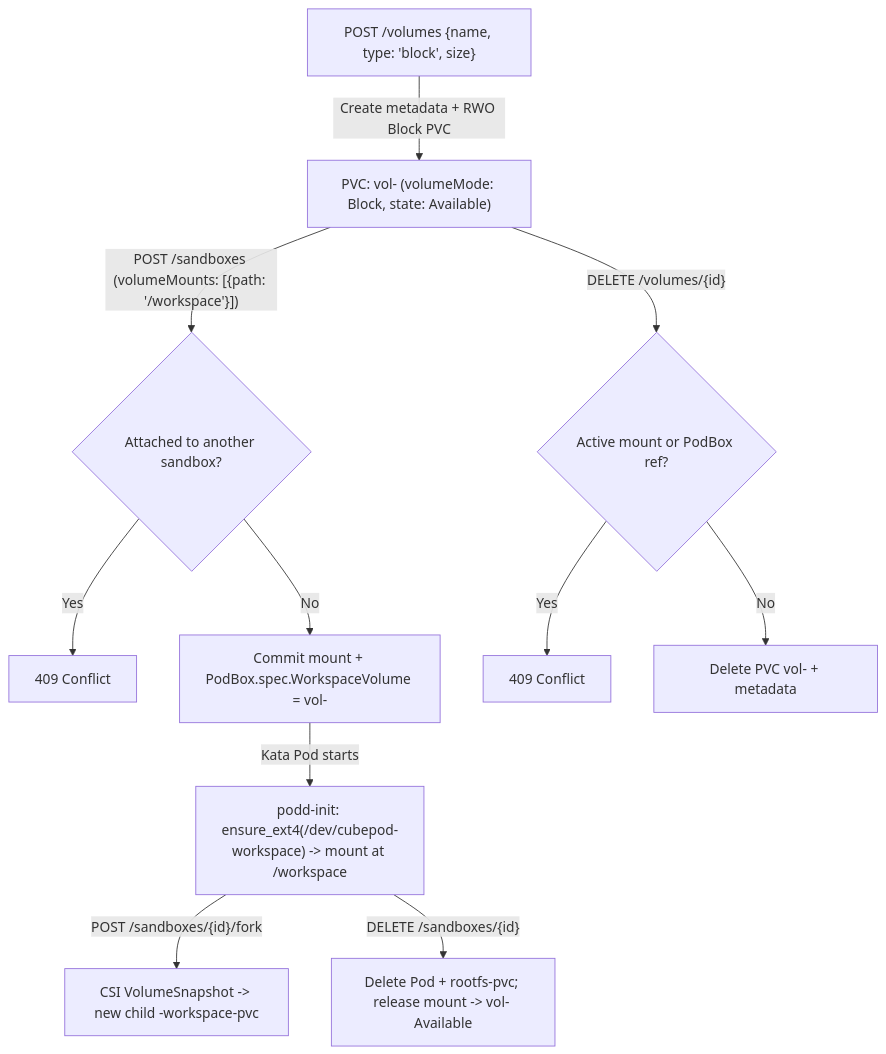
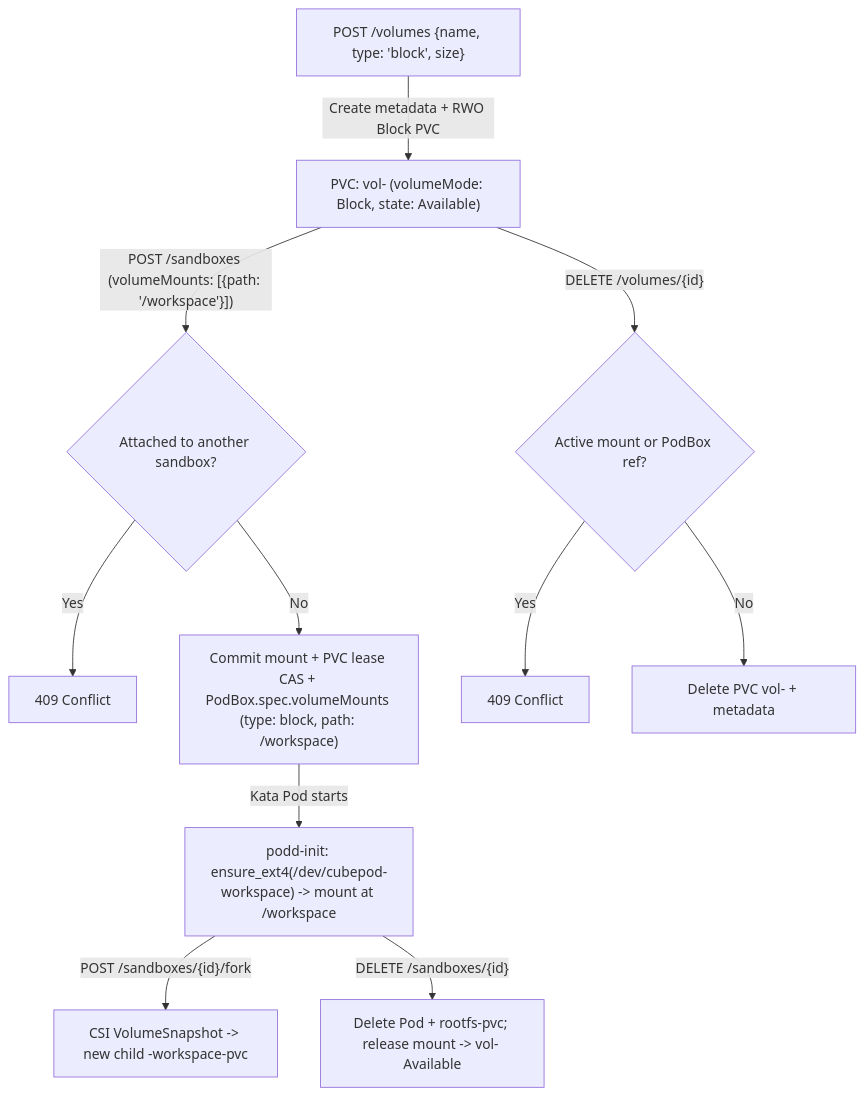
Before and after one commit to cubeplexai/cubepod: the diagram in docs/enhancements/0030-unified-workspace-block-volumes/README.md, drawn with Mermaid. The commit also changed other lines of this file, not shown here.

Commit message:
docs(cep-0030): unify CRD block volume attachment under VolumeMount.Type

````diff
--- a/docs/enhancements/0030-unified-workspace-block-volumes/README.md
+++ b/docs/enhancements/0030-unified-workspace-block-volumes/README.md
@@ -181,13 +180,13 @@
 ```mermaid
 flowchart TD
     Create["POST /volumes {name, type: 'block', size}"] -->|"Create metadata + RWO Block PVC"| VolPVC["PVC: vol-<id> (volumeMode: Block, state: Available)"]
     VolPVC -->|"POST /sandboxes (volumeMounts: [{path: '/workspace'}])"| Check{"Attached to another sandbox?"}
     Check -->|"Yes"| Conflict["409 Conflict"]
-    Check -->|"No"| Attach["Commit mount + PodBox.spec.WorkspaceVolume = vol-<id>"]
+    Check -->|"No"| Attach["Commit mount + PVC lease CAS + PodBox.spec.volumeMounts (type: block, path: /workspace)"]
     Attach -->|"Kata Pod starts"| Init["podd-init: ensure_ext4(/dev/cubepod-workspace) -> mount at /workspace"]
     Init -->|"POST /sandboxes/{id}/fork"| Fork["CSI VolumeSnapshot -> new child <childID>-workspace-pvc"]
     Init -->|"DELETE /sandboxes/{id}"| Detach["Delete Pod + rootfs-pvc; release mount -> vol-<id> Available"]
     VolPVC -->|"DELETE /volumes/{id}"| DelCheck{"Active mount or PodBox ref?"}
     DelCheck -->|"Yes"| DelConflict["409 Conflict"]
     DelCheck -->|"No"| Purge["Delete PVC vol-<id> + metadata"]
 ```
````
